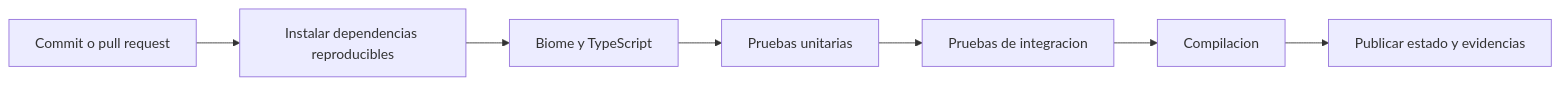
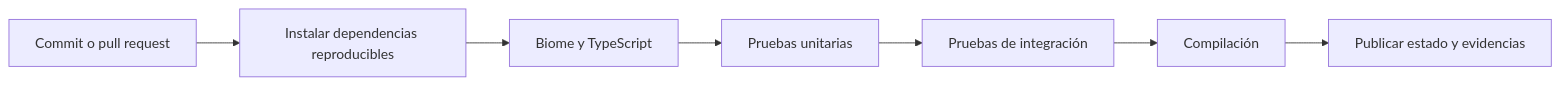
Before and after one commit to EderPanta18/alivia-humanitarian-system-design: the diagram in docs/10-construccion/02-control-versiones-ci.md, drawn with Mermaid. The commit also changed other lines of this file and 44 other files, not shown here.

````diff
--- a/docs/10-construccion/02-control-versiones-ci.md
+++ b/docs/10-construccion/02-control-versiones-ci.md
@@ -17,9 +19,9 @@
 ```mermaid
 flowchart LR
- Commit[Commit o pull request] --> Install[Instalar dependencias reproducibles]
- Install --> Static[Biome y TypeScript]
- Static --> Unit[Pruebas unitarias]
- Unit --> Integration[Pruebas de integracion]
- Integration --> Build[Compilacion]
- Build --> Report[Publicar estado y evidencias]
+    Commit[Commit o pull request] --> Install[Instalar dependencias reproducibles]
+    Install --> Static[Biome y TypeScript]
+    Static --> Unit[Pruebas unitarias]
+    Unit --> Integration[Pruebas de integración]
+    Integration --> Build[Compilación]
+    Build --> Report[Publicar estado y evidencias]
 ```
````
